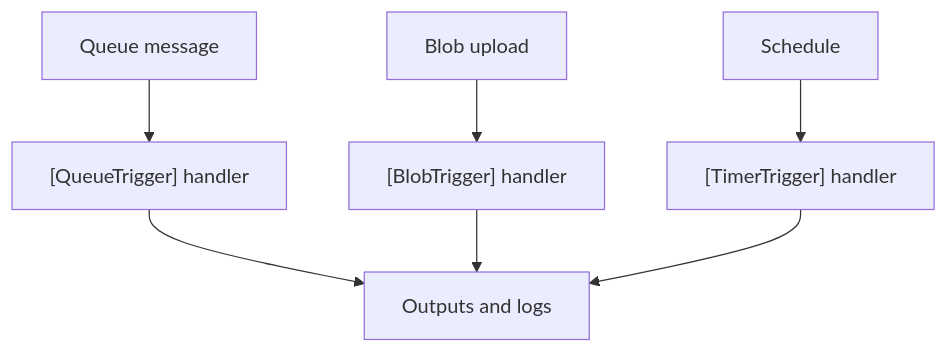
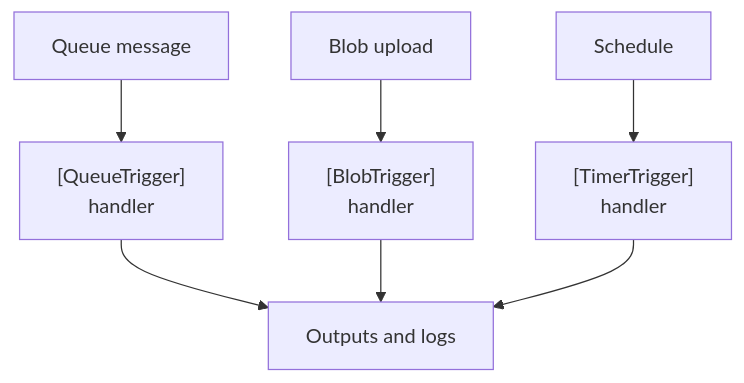
One commit to yeongseon/azure-functions-practical-guide changed the diagram in docs/language-guides/dotnet/tutorial/premium/07-extending-triggers.md. Above: the diagram before and after it, drawn with Mermaid. The commit also changed 4 other files, not shown here.

First line of the commit message:
docs(diagrams): improve .NET trigger tutorial flow readability (#475)

````diff
--- a/docs/language-guides/dotnet/tutorial/premium/07-extending-triggers.md
+++ b/docs/language-guides/dotnet/tutorial/premium/07-extending-triggers.md
@@ -53,9 +53,11 @@
 ```mermaid
 flowchart TD
-    A[Queue message] --> B["[QueueTrigger] handler"]
-    C[Blob upload] --> D["[BlobTrigger] handler"]
-    E[Schedule] --> F["[TimerTrigger] handler"]
+    accTitle: Premium .NET isolated trigger paths
+    accDescr: Conceptual paths for this Premium tutorial: queue message to QueueTrigger handler, blob upload to BlobTrigger handler, and schedule to TimerTrigger handler; each leads to outputs and logs. These are separate trigger relationships, not HTTP ingress, a shared-instance boundary or delivery guarantees.
+    A[Queue message] --> B["[QueueTrigger]<br/>handler"]
+    C[Blob upload] --> D["[BlobTrigger]<br/>handler"]
+    E[Schedule] --> F["[TimerTrigger]<br/>handler"]
     B --> G[Outputs and logs]
     D --> G
     F --> G
 ```
````
